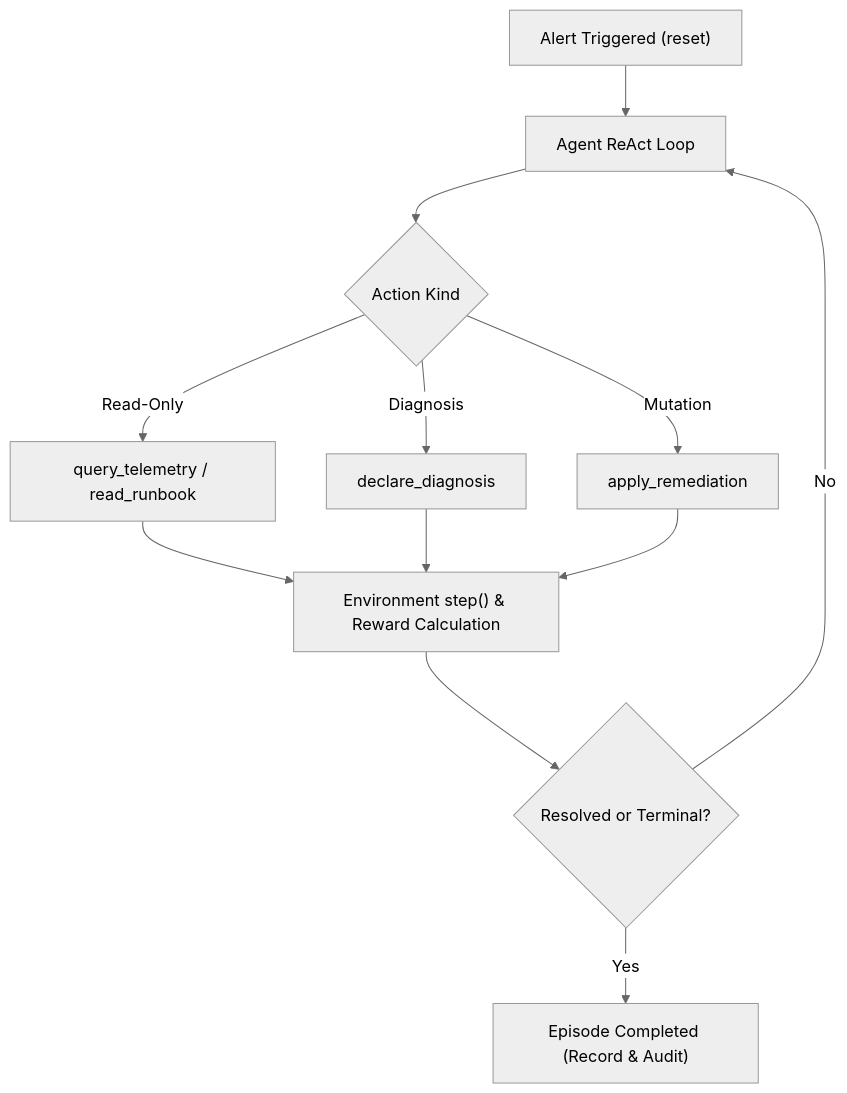
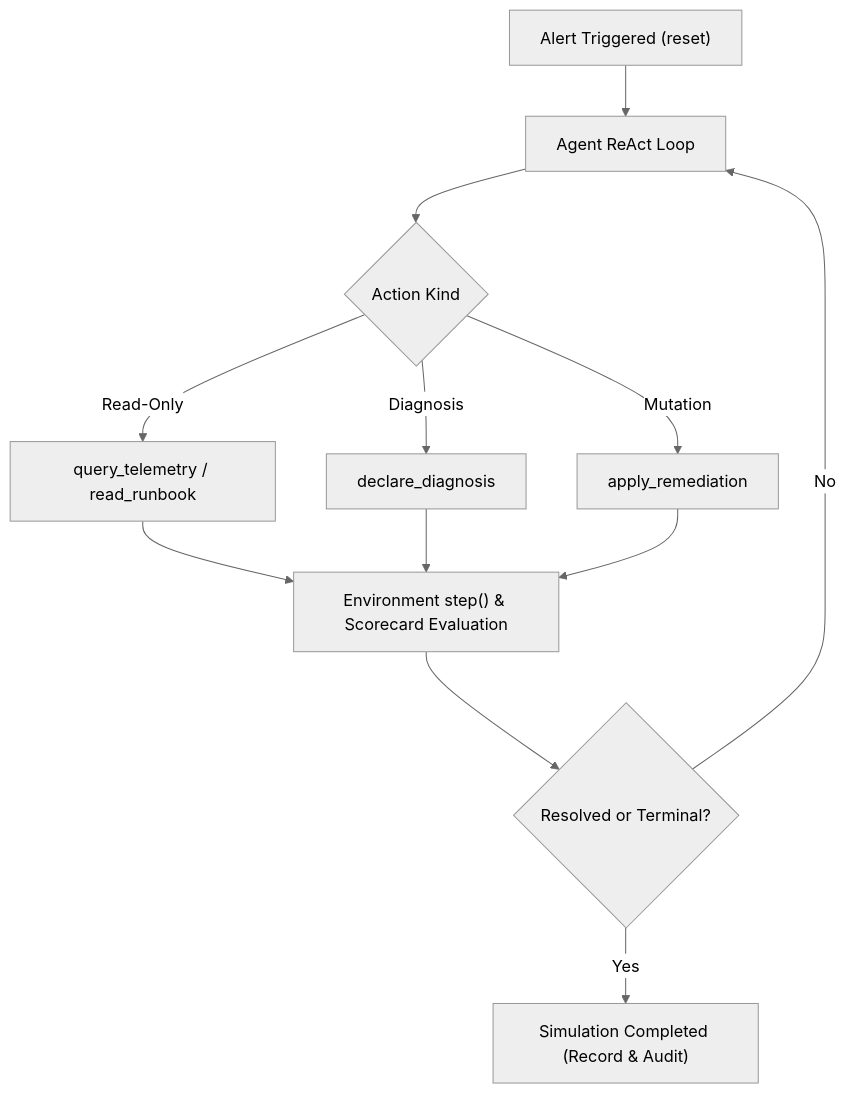
One commit to santiago200031/ajentic-sre changed the diagram in docs/01-architecture.md. Above: the diagram before and after it, drawn with Mermaid (neutral theme). The commit also changed other lines of this file and 225 other files, not shown here.

````diff
--- a/docs/01-architecture.md
+++ b/docs/01-architecture.md
@@ -19,14 +21,15 @@
 ```mermaid
 flowchart TD
     A["Alert Triggered (reset)"] --> B["Agent ReAct Loop"]
-    B --> C{"Action Kind"}
+    C{"Action Kind"}
+    B --> C
     C -->|Read-Only| D["query_telemetry / read_runbook"]
     C -->|Diagnosis| E["declare_diagnosis"]
     C -->|Mutation| F["apply_remediation"]
-    D --> G["Environment step() & Reward Calculation"]
+    D --> G["Environment step() & Scorecard Evaluation"]
     E --> G
     F --> G
     G --> H{"Resolved or Terminal?"}
     H -->|No| B
-    H -->|Yes| I["Episode Completed (Record & Audit)"]
+    H -->|Yes| I["Simulation Completed (Record & Audit)"]
 ```
````
